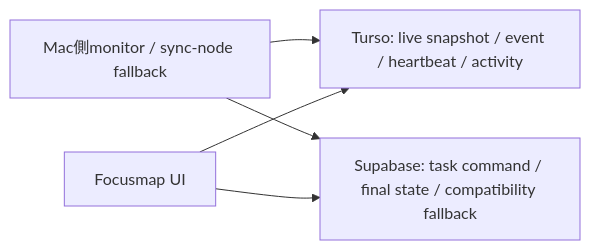
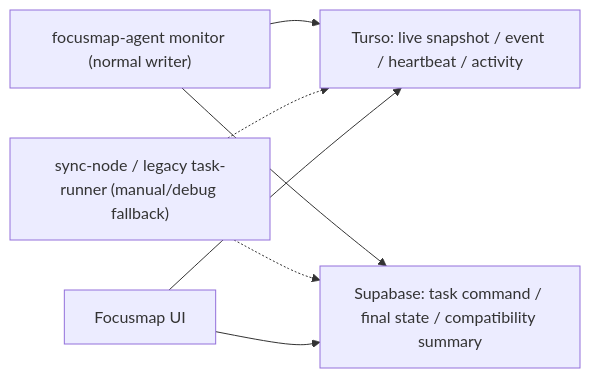
Before and after one commit to nextlevelkitamura-alt/focusmap: the diagram in docs/specs/codex-app-handoff-monitoring/03-backyard-sync-and-turso.md, drawn with Mermaid. The commit also changed other lines of this file and 9 other files, not shown here.

````diff
--- a/docs/specs/codex-app-handoff-monitoring/03-backyard-sync-and-turso.md
+++ b/docs/specs/codex-app-handoff-monitoring/03-backyard-sync-and-turso.md
@@ -74,7 +84,9 @@
 ```mermaid
 flowchart LR
-  Monitor["Mac側monitor / sync-node fallback"] --> Turso["Turso: live snapshot / event / heartbeat / activity"]
-  Monitor --> Supabase["Supabase: task command / final state / compatibility fallback"]
+  Agent["focusmap-agent monitor (normal writer)"] --> Turso["Turso: live snapshot / event / heartbeat / activity"]
+  Agent --> Supabase["Supabase: task command / final state / compatibility summary"]
+  Fallback["sync-node / legacy task-runner (manual/debug fallback)"] -.-> Turso
+  Fallback -.-> Supabase
   UI["Focusmap UI"] --> Turso
   UI --> Supabase
 ```
````
